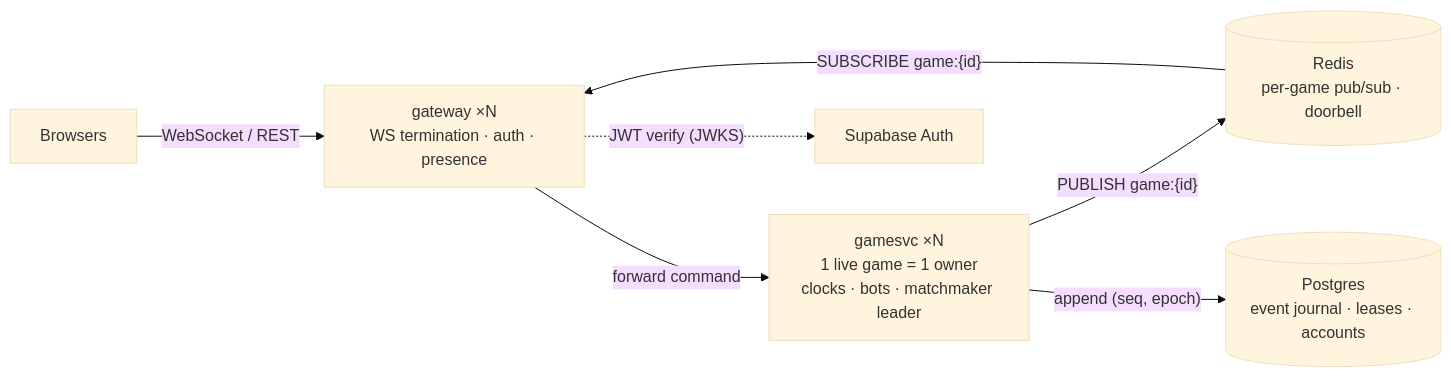
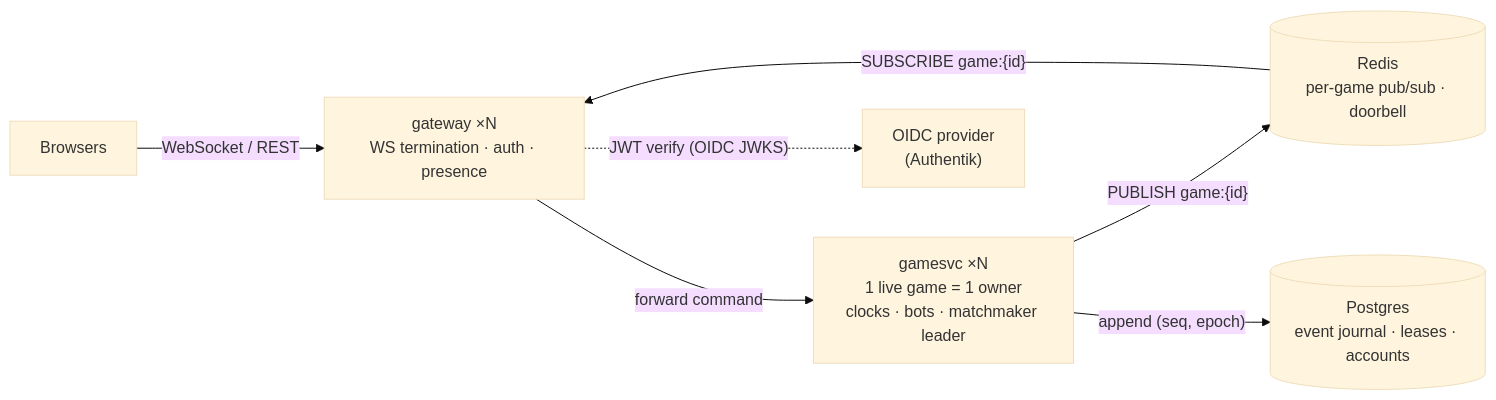
The diagram in README.md (Alexis-Marcel/gemline), drawn with Mermaid (base theme) before and after one commit. The commit also changed other lines of this file and 19 other files, not shown here.

First line of the commit message:
feat(auth): accounts from any OIDC provider (Compte Eriphe / Authentik) instead of Supabase Auth

````diff
--- a/README.md
+++ b/README.md
@@ -42,9 +42,9 @@
 ```mermaid
 flowchart LR
   C["Browsers"] -- "WebSocket / REST" --> GW["gateway ×N<br/>WS termination · auth · presence"]
   GW -- "forward command" --> GS["gamesvc ×N<br/>1 live game = 1 owner<br/>clocks · bots · matchmaker leader"]
   GS -- "PUBLISH game:{id}" --> R[("Redis<br/>per-game pub/sub · doorbell")]
   R -- "SUBSCRIBE game:{id}" --> GW
   GS -- "append (seq, epoch)" --> PG[("Postgres<br/>event journal · leases · accounts")]
-  GW -. "JWT verify (JWKS)" .-> SB["Supabase Auth"]
+  GW -. "JWT verify (OIDC JWKS)" .-> SB["OIDC provider<br/>(Authentik)"]
 ```
````
